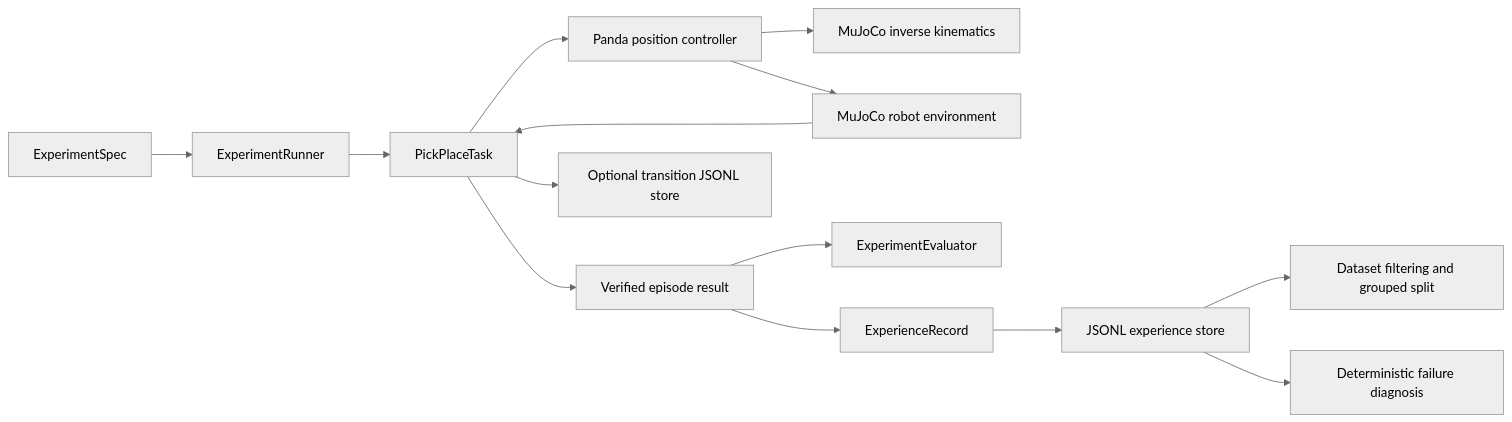
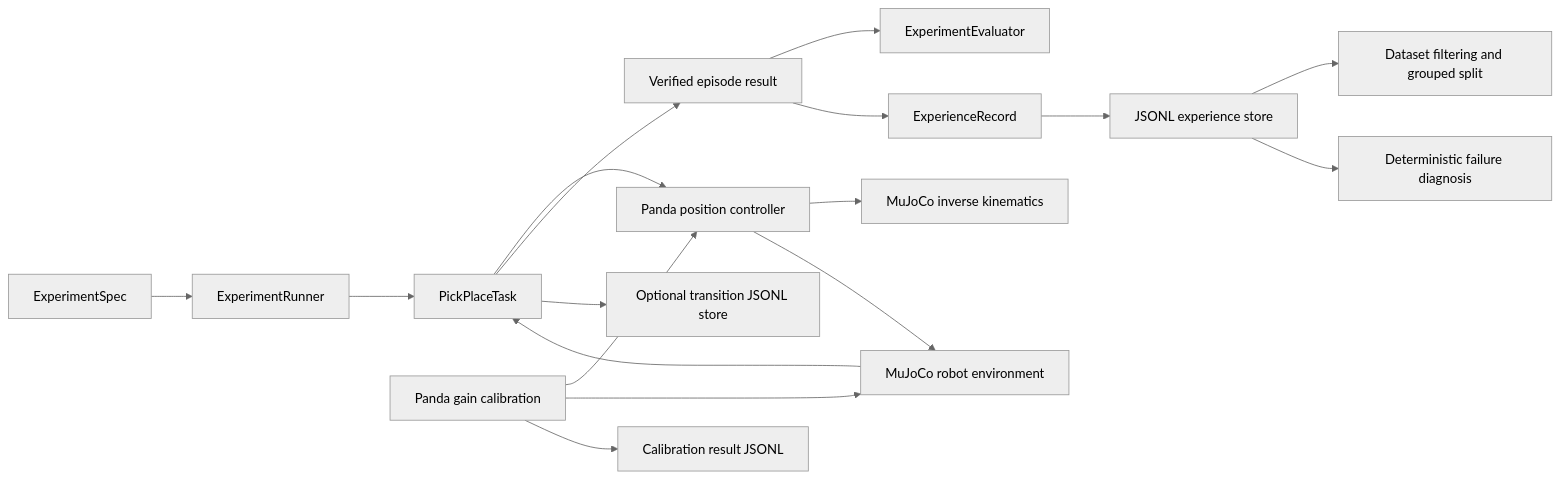
Before and after one commit to monithsurya/Trajecta: the diagram in README.md, drawn with Mermaid (neutral theme). The commit also changed other lines of this file and 7 other files, not shown here.

Commit message:
Add Panda controller gain calibration experiments

````diff
--- a/README.md
+++ b/README.md
@@ -46,16 +46,19 @@
 ```mermaid
 flowchart LR
   Spec[ExperimentSpec] --> Runner[ExperimentRunner]
   Runner --> Task[PickPlaceTask]
   Task --> Controller[Panda position controller]
   Controller --> IK[MuJoCo inverse kinematics]
   Controller --> Env[MuJoCo robot environment]
   Env --> Task
   Task --> Result[Verified episode result]
   Result --> Eval[ExperimentEvaluator]
   Result --> Record[ExperienceRecord]
   Record --> Store[JSONL experience store]
   Task --> Transitions[Optional transition JSONL store]
+  Calibration[Panda gain calibration] --> Controller
+  Calibration --> Env
+  Calibration --> CalibrationStore[Calibration result JSONL]
   Store --> Dataset[Dataset filtering and grouped split]
   Store --> Failure[Deterministic failure diagnosis]
 ```
````
